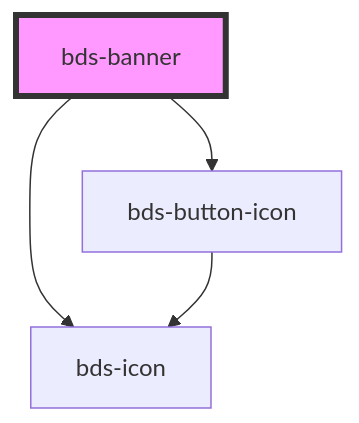
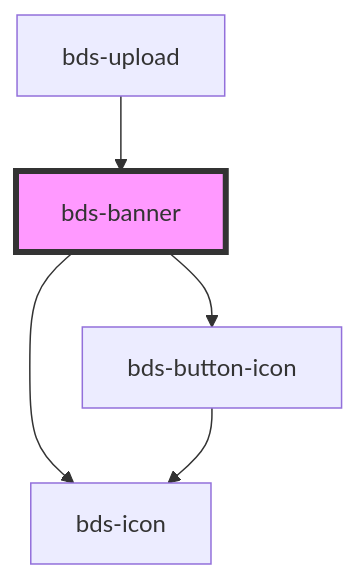
One commit to takenet/blip-ds changed the diagram in src/components/banner/readme.md. Above: the diagram before and after it, drawn with Mermaid. The commit also changed other lines of this file and 7 other files, not shown here.

````diff
--- a/src/components/banner/readme.md
+++ b/src/components/banner/readme.md
@@ -46,7 +50,8 @@
 ```mermaid
 graph TD;
   bds-banner --> bds-icon
   bds-banner --> bds-button-icon
   bds-button-icon --> bds-icon
+  bds-upload --> bds-banner
   style bds-banner fill:#f9f,stroke:#333,stroke-width:4px
 ```
````
